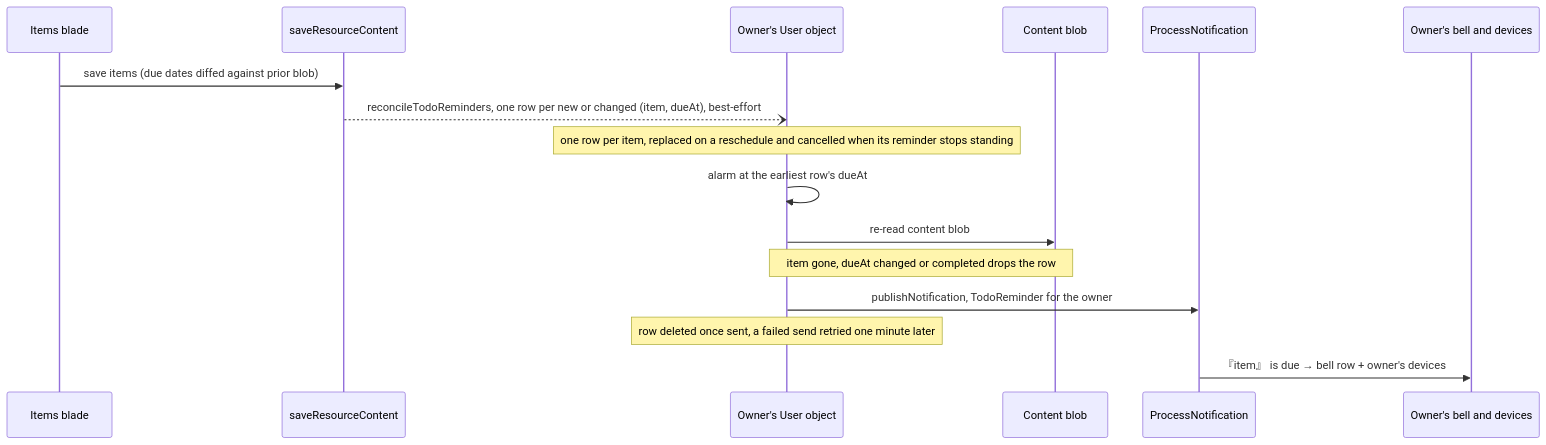
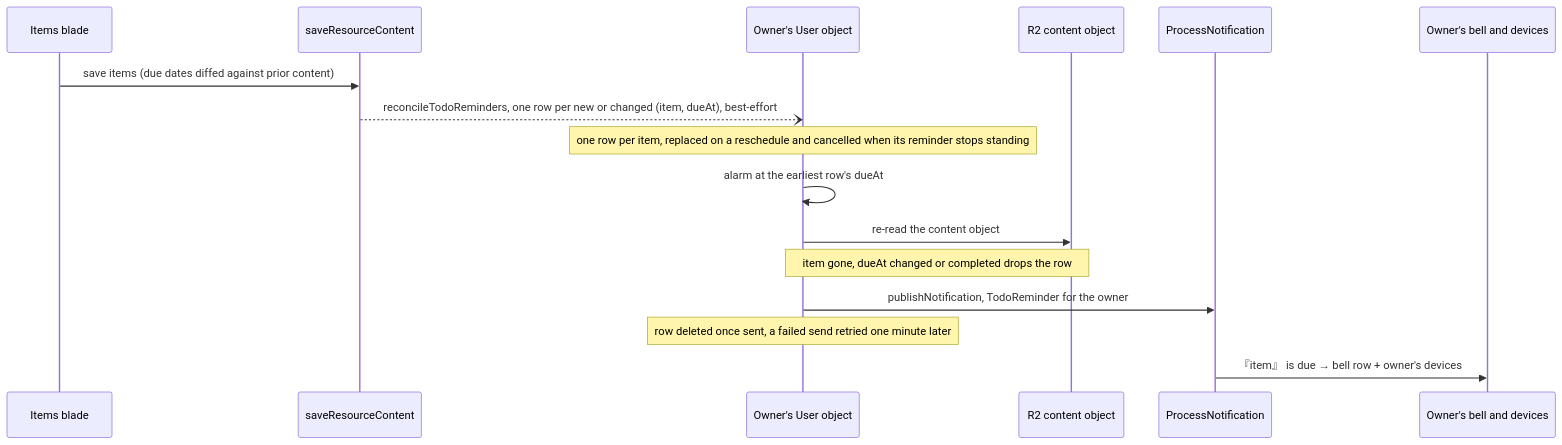
Before and after one commit to Esposter/Esposter: the diagram in openspec/specs/resource/todolist-due-reminders/design.md, drawn with Mermaid. The commit also changed other lines of this file and 6 other files, not shown here.

````diff
--- a/openspec/specs/resource/todolist-due-reminders/design.md
+++ b/openspec/specs/resource/todolist-due-reminders/design.md
@@ -13,19 +13,19 @@
 ```mermaid
 sequenceDiagram
   participant E as Items blade
   participant S as saveResourceContent
   participant U as Owner's User object
-  participant B as Content blob
+  participant B as R2 content object
   participant N as ProcessNotification
   participant D as Owner's bell and devices
 
-  E->>S: save items (due dates diffed against prior blob)
+  E->>S: save items (due dates diffed against prior content)
   S--)U: reconcileTodoReminders, one row per new or changed (item, dueAt), best-effort
   Note over U: one row per item, replaced on a reschedule and cancelled when its reminder stops standing
   U->>U: alarm at the earliest row's dueAt
-  U->>B: re-read content blob
+  U->>B: re-read the content object
   Note over U,B: item gone, dueAt changed or completed drops the row
   U->>N: publishNotification, TodoReminder for the owner
   Note over U: row deleted once sent, a failed send retried one minute later
   N->>D: 『item』 is due → bell row + owner's devices
 ```
````
